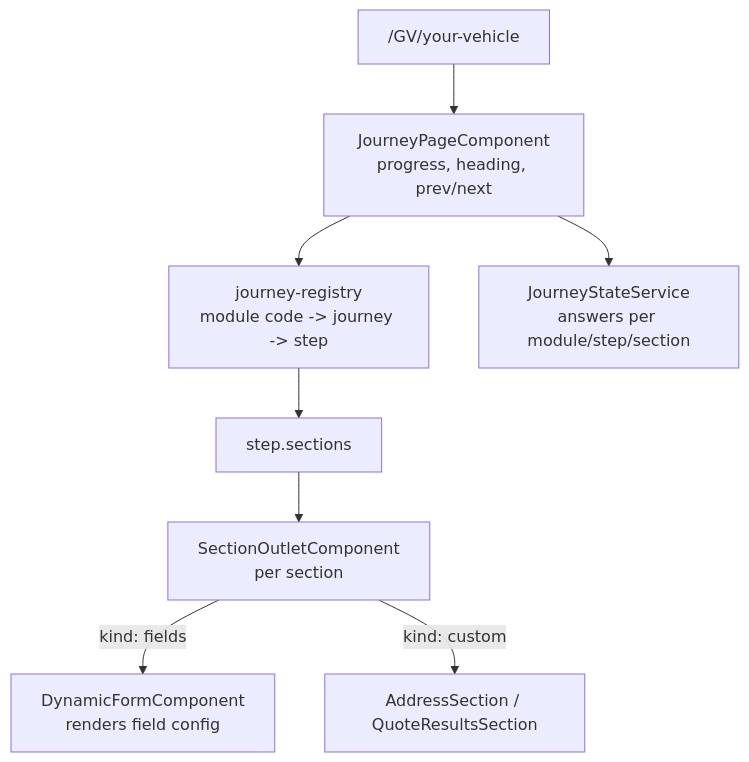
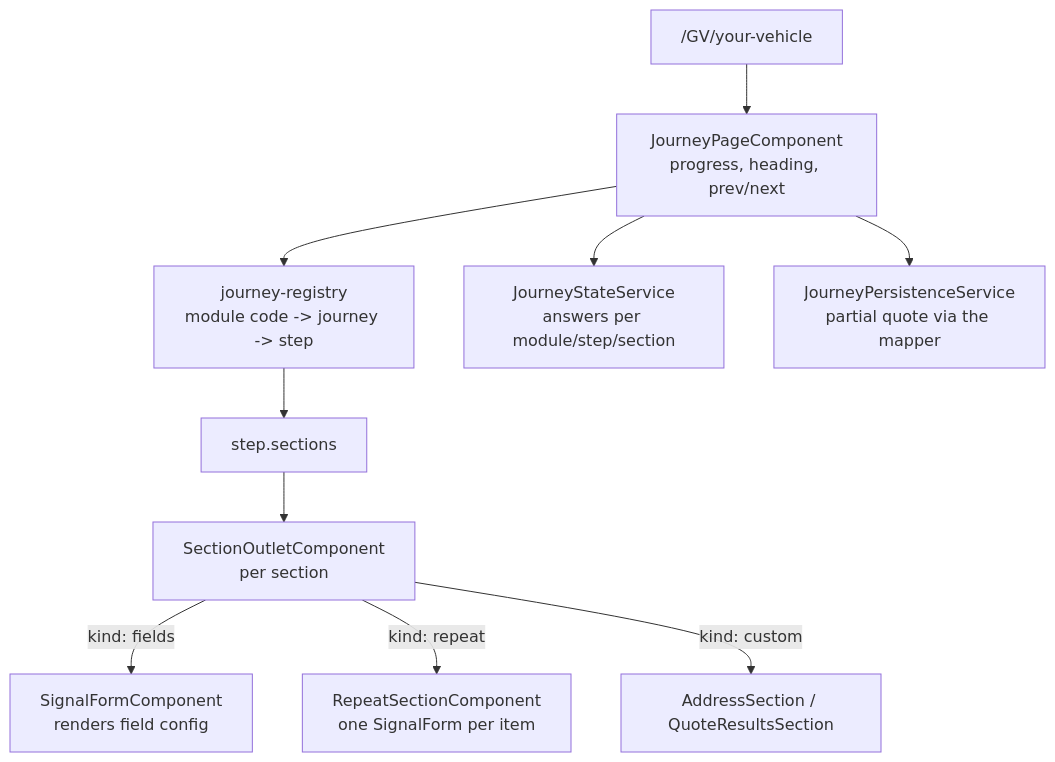
Before and after one commit to radoslavtomas/ng-quickbuy: the diagram in README.md, drawn with Mermaid. The commit also changed other lines of this file, not shown here.

````diff
--- a/README.md
+++ b/README.md
@@ -113,10 +113,12 @@
 ```mermaid
 flowchart TD
   Route["/GV/your-vehicle"] --> JP["JourneyPageComponent<br/>progress, heading, prev/next"]
   JP --> REG["journey-registry<br/>module code -> journey -> step"]
   REG --> SEC["step.sections"]
   SEC --> SO["SectionOutletComponent<br/>per section"]
-  SO -->|kind: fields| DF["DynamicFormComponent<br/>renders field config"]
+  SO -->|kind: fields| SF["SignalFormComponent<br/>renders field config"]
+  SO -->|kind: repeat| RS["RepeatSectionComponent<br/>one SignalForm per item"]
   SO -->|kind: custom| CUS["AddressSection / QuoteResultsSection"]
   JP --> ST["JourneyStateService<br/>answers per module/step/section"]
+  JP --> PS["JourneyPersistenceService<br/>partial quote via the mapper"]
 ```
````
